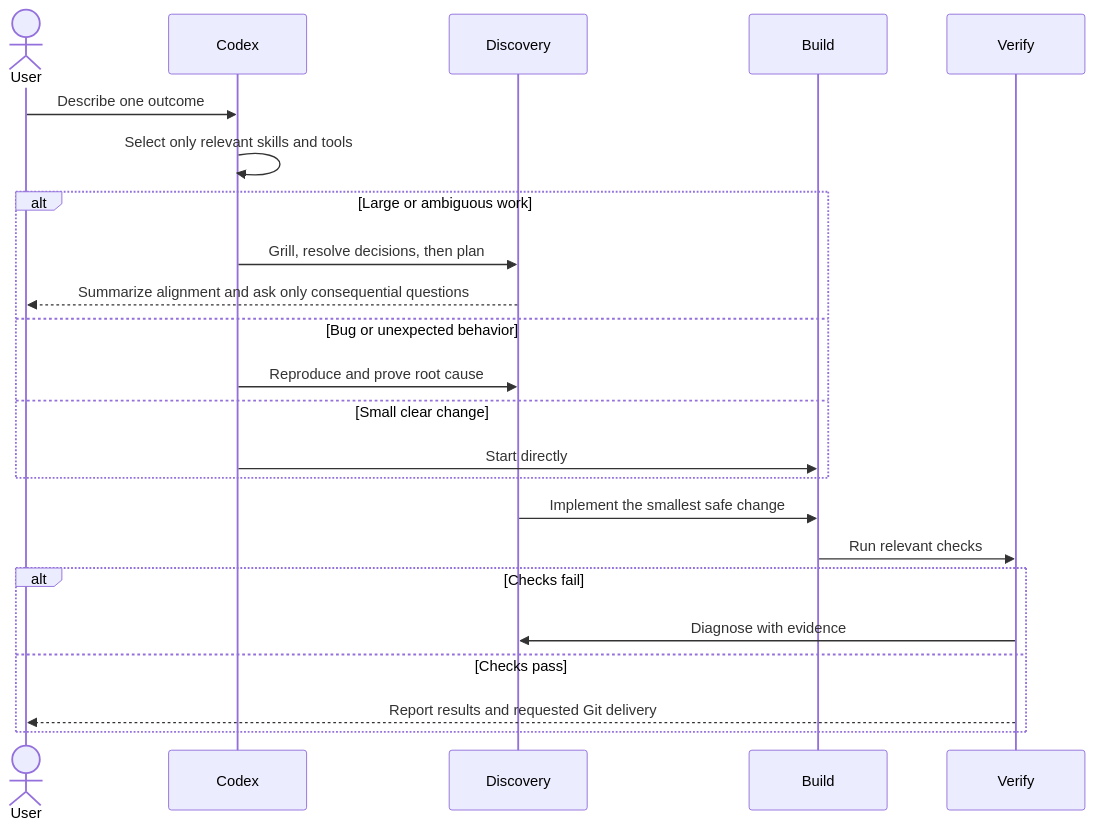
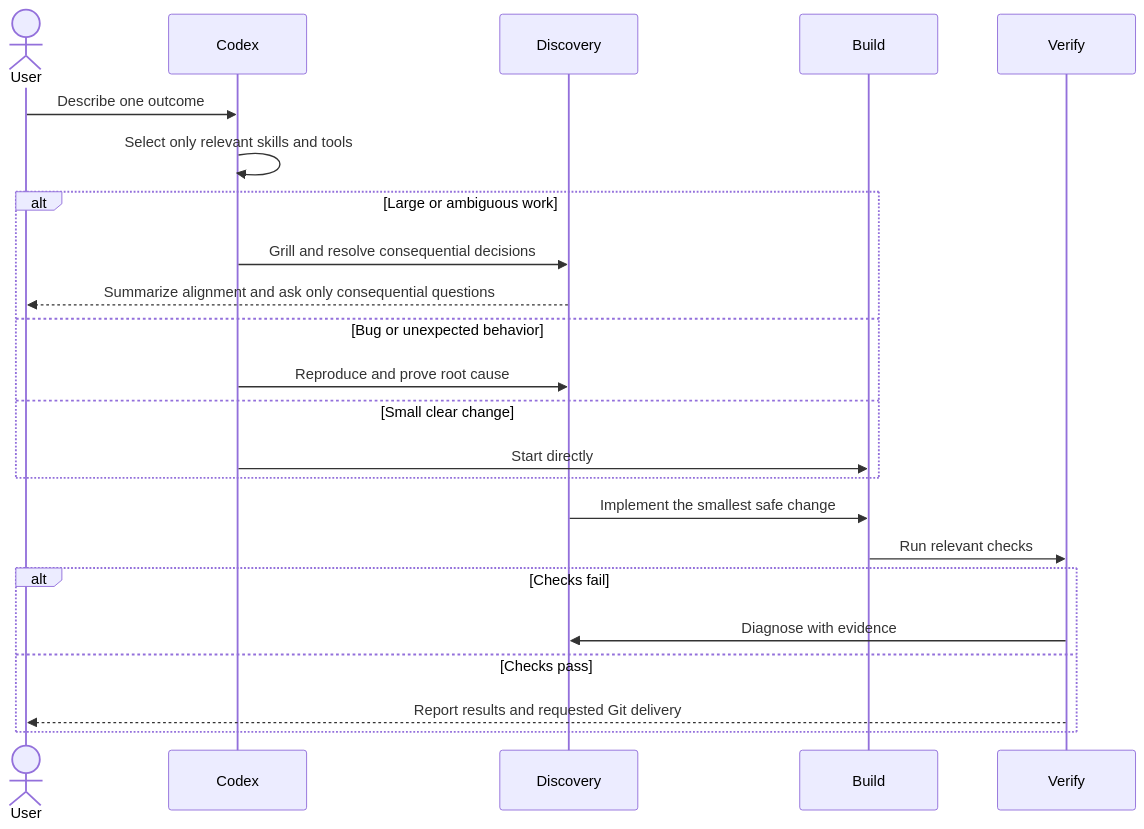
The diagram in README.md (moKshagna-p/codex-powers), drawn with Mermaid before and after one commit. The commit also changed other lines of this file and 6 other files, not shown here.

````diff
--- a/README.md
+++ b/README.md
@@ -15,26 +15,26 @@
 ```mermaid
 sequenceDiagram
     actor User
     participant Codex
     participant Discovery
     participant Build
     participant Verify
 
     User->>Codex: Describe one outcome
     Codex->>Codex: Select only relevant skills and tools
     alt Large or ambiguous work
-        Codex->>Discovery: Grill, resolve decisions, then plan
+        Codex->>Discovery: Grill and resolve consequential decisions
         Discovery-->>User: Summarize alignment and ask only consequential questions
     else Bug or unexpected behavior
         Codex->>Discovery: Reproduce and prove root cause
     else Small clear change
         Codex->>Build: Start directly
     end
     Discovery->>Build: Implement the smallest safe change
     Build->>Verify: Run relevant checks
     alt Checks fail
         Verify->>Discovery: Diagnose with evidence
     else Checks pass
         Verify-->>User: Report results and requested Git delivery
     end
 ```
````
